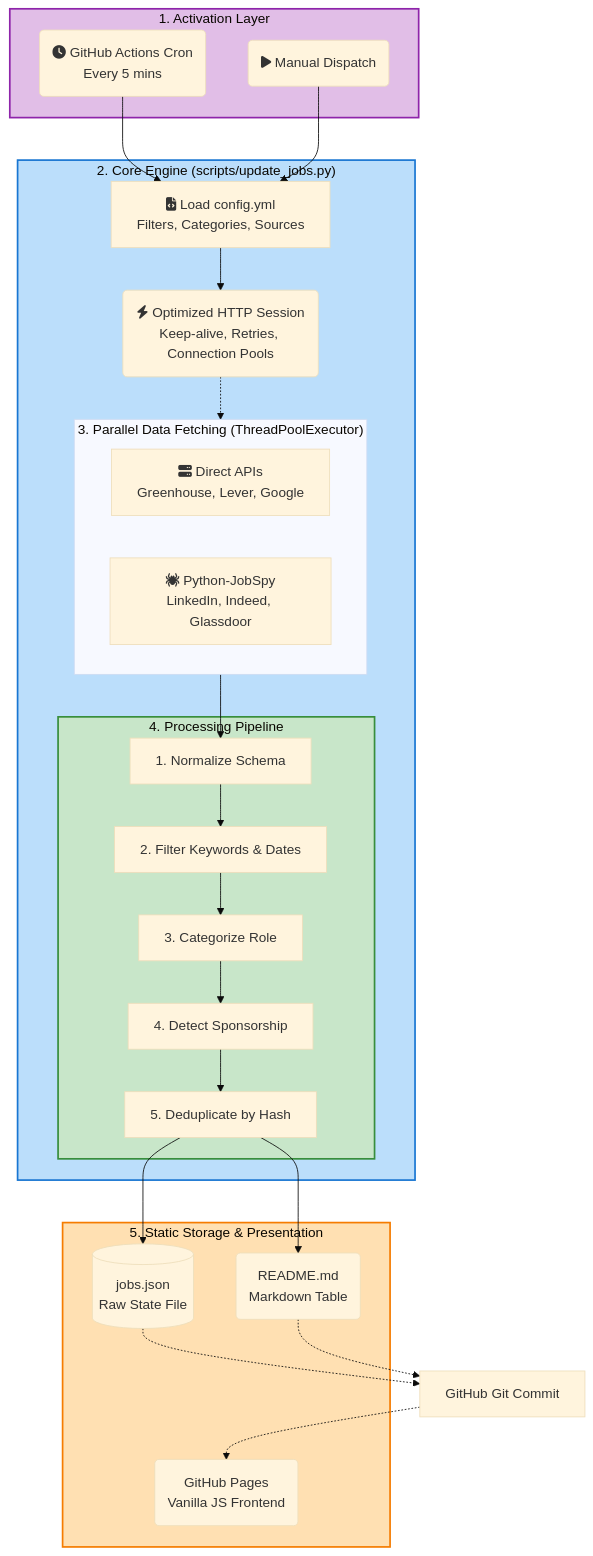
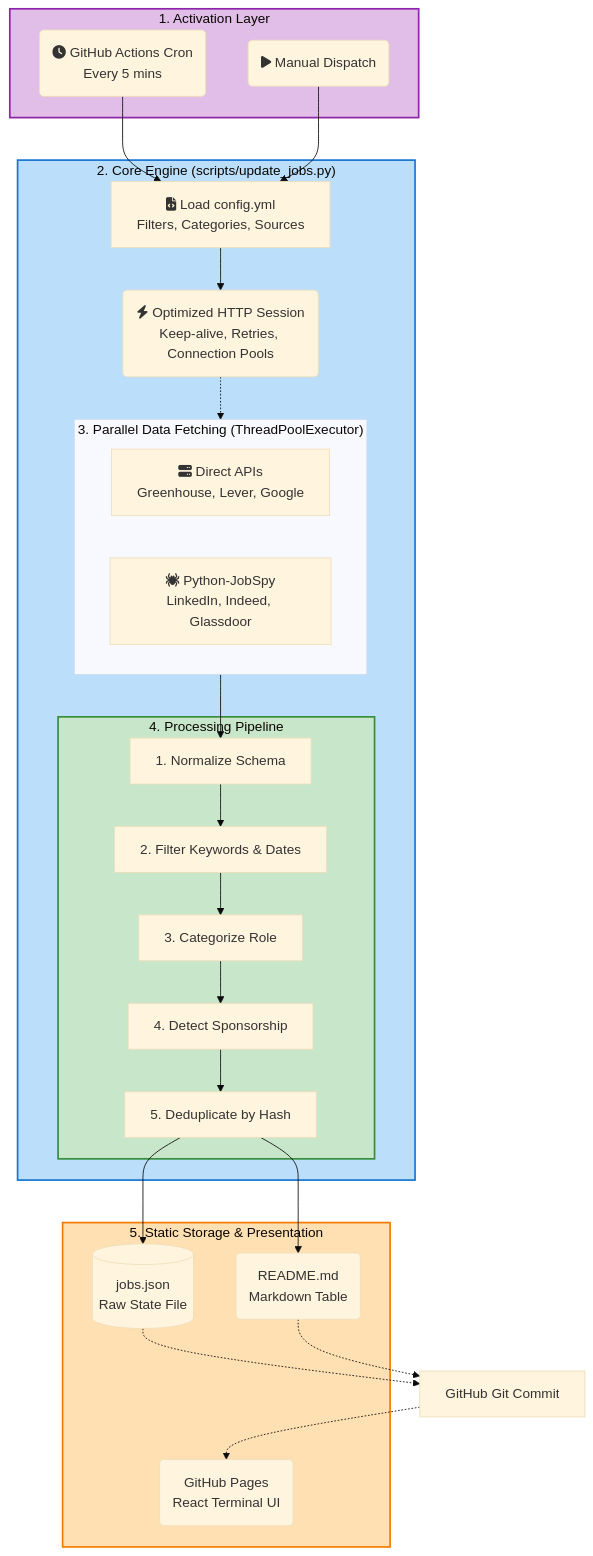
The diagram in docs/architecture.md (ambicuity/New-Grad-Jobs), drawn with Mermaid (base theme) before and after one commit. The commit also changed other lines of this file and 10 other files, not shown here.

First line of the commit message:
chore(frontend): remove orphaned pre-terminal site files (#345)

````diff
--- a/docs/architecture.md
+++ b/docs/architecture.md
@@ -7,66 +7,66 @@
 ```mermaid
 flowchart TD
     %% Triggers
     subgraph Trigger["1. Activation Layer"]
         cron(fa:fa-clock GitHub Actions Cron<br/>Every 5 mins)
         manual(fa:fa-play Manual Dispatch)
     end
 
     %% Core Application
     subgraph Core["2. Core Engine (scripts/update_jobs.py)"]
         config[fa:fa-file-code Load config.yml<br/>Filters, Categories, Sources]
         session(fa:fa-bolt Optimized HTTP Session<br/>Keep-alive, Retries, Connection Pools)
 
         %% Fetching
         subgraph Fetching["3. Parallel Data Fetching (ThreadPoolExecutor)"]
             direct_api[fa:fa-server Direct APIs<br/>Greenhouse, Lever, Google]
             jobspy_api[fa:fa-spider Python-JobSpy<br/>LinkedIn, Indeed, Glassdoor]
         end
 
         %% Processing Pipeline
         subgraph Pipeline["4. Processing Pipeline"]
             norm[1. Normalize Schema]
             filter[2. Filter Keywords & Dates]
             categorize[3. Categorize Role]
             sponsorship[4. Detect Sponsorship]
             dedup[5. Deduplicate by Hash]
         end
 
     end
 
     %% Storage and Output
     subgraph Output["5. Static Storage & Presentation"]
         json[(jobs.json<br/>Raw State File)]
         readme(README.md<br/>Markdown Table)
-        gh_pages(GitHub Pages<br/>Vanilla JS Frontend)
+        gh_pages(GitHub Pages<br/>React Terminal UI)
     end
 
     %% Flow Definitions
     cron --> config
     manual --> config
     config --> session
     session -.-> Fetching
     Fetching --> norm
     norm --> filter
     filter --> categorize
     categorize --> sponsorship
     sponsorship --> dedup
 
     dedup --> json
     dedup --> readme
 
     json -.-> git_commit[GitHub Git Commit]
     readme -.-> git_commit
 
     git_commit -.-> gh_pages
 
     classDef trigger fill:#e1bee7,stroke:#8e24aa,stroke-width:2px;
     classDef core fill:#bbdefb,stroke:#1976d2,stroke-width:2px;
     classDef process fill:#c8e6c9,stroke:#388e3c,stroke-width:2px;
     classDef output fill:#ffe0b2,stroke:#f57c00,stroke-width:2px;
 
     class Trigger trigger;
     class Core core;
     class Pipeline process;
     class Output output;
 ```
````
